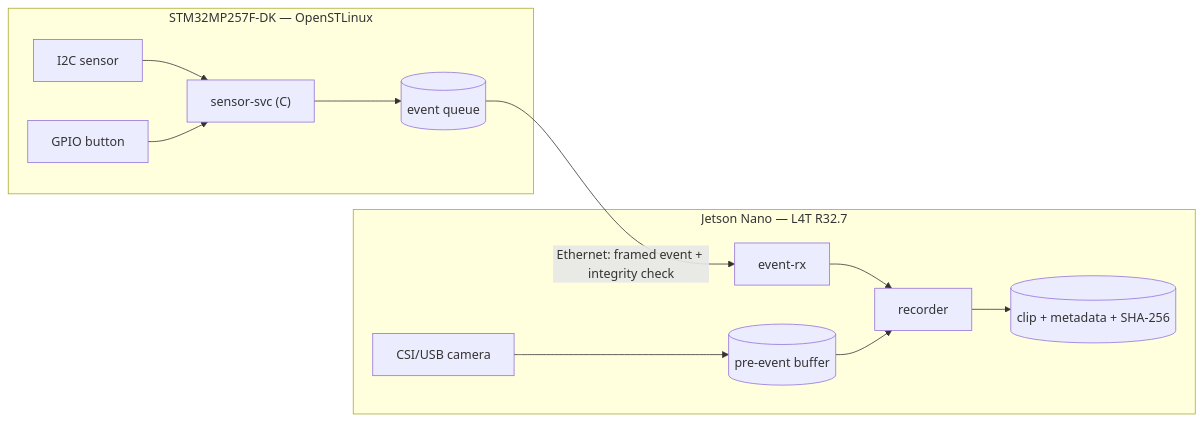
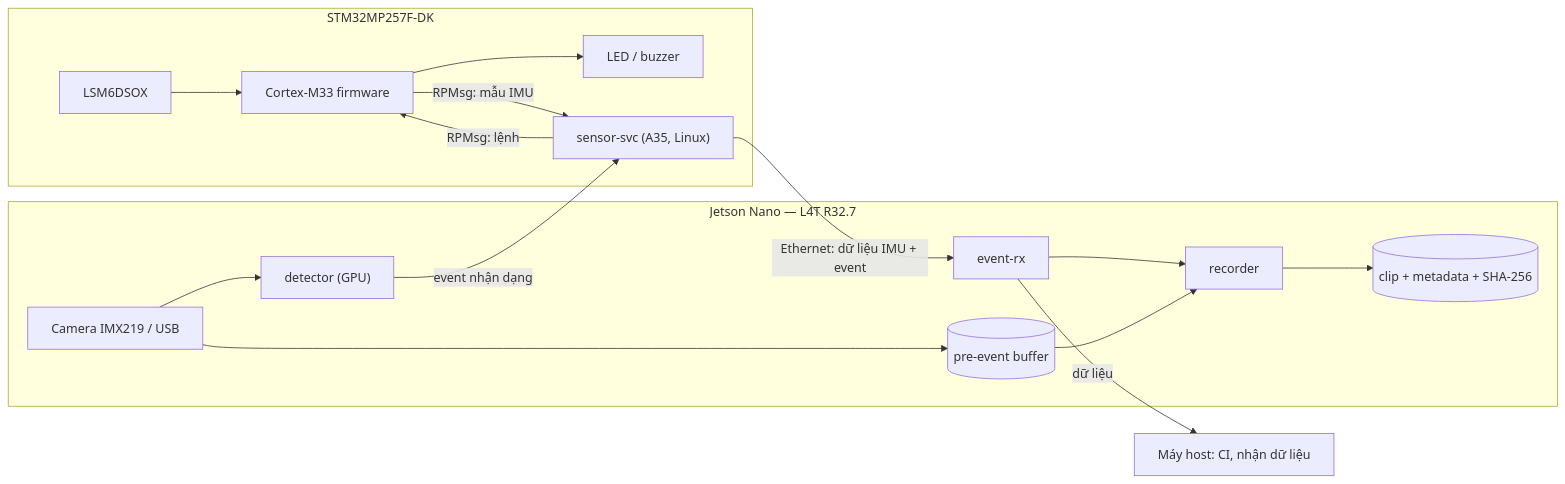
One commit to KaithanNguyen/embedded-linux-roadmap changed the diagram in projects/stm32mp257f-dk_jetson-nano/README.md. Above: the diagram before and after it, drawn with Mermaid. The commit also changed other lines of this file and 45 other files, not shown here.

````diff
--- a/projects/stm32mp257f-dk_jetson-nano/README.md
+++ b/projects/stm32mp257f-dk_jetson-nano/README.md
@@ -16,15 +20,20 @@
 ```mermaid
 flowchart LR
-  subgraph MP2["STM32MP257F-DK — OpenSTLinux"]
-    SEN["I2C sensor"] --> SVC["sensor-svc (C)"]
-    BTN["GPIO button"] --> SVC
-    SVC --> Q[("event queue")]
+  subgraph MP2["STM32MP257F-DK"]
+    IMU["LSM6DSOX"] --> M33["Cortex-M33 firmware"]
+    M33 --> LED["LED / buzzer"]
+    M33 -- "RPMsg: mẫu IMU" --> SVC["sensor-svc (A35, Linux)"]
+    SVC -- "RPMsg: lệnh" --> M33
   end
   subgraph JN["Jetson Nano — L4T R32.7"]
     RX["event-rx"] --> REC["recorder"]
-    CAM["CSI/USB camera"] --> PRE[("pre-event buffer")]
+    CAM["Camera IMX219 / USB"] --> PRE[("pre-event buffer")]
     PRE --> REC
     REC --> OUT[("clip + metadata + SHA-256")]
+    CAM --> DET["detector (GPU)"]
   end
-  Q -- "Ethernet: framed event + integrity check" --> RX
+  HOST["Máy host: CI, nhận dữ liệu"]
+  SVC -- "Ethernet: dữ liệu IMU + event" --> RX
+  DET -- "event nhận dạng" --> SVC
+  RX -- "dữ liệu" --> HOST
 ```
````
